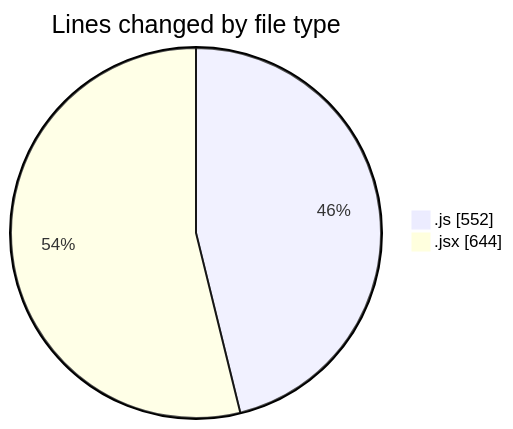
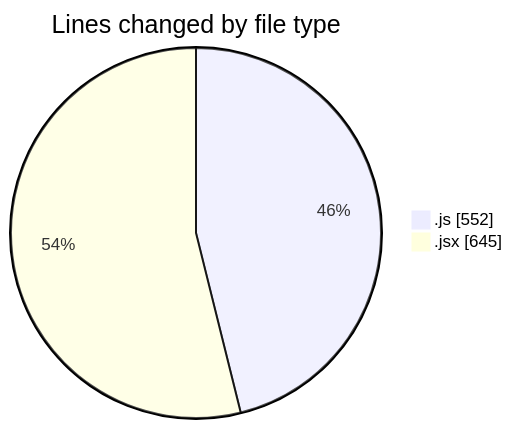
The first of 2 diagrams in 2025-07-01/argos/README.md (nxtqubesakshisongat/code-tracking), drawn with Mermaid before and after one commit. The commit also changed other lines of this file and 1 other file, not shown here.

````diff
--- a/2025-07-01/argos/README.md
+++ b/2025-07-01/argos/README.md
@@ -23,6 +23,6 @@
 ```mermaid
 pie showData
 title Lines changed by file type
 ".js" : 552
-".jsx" : 644
+".jsx" : 645
 ```
````
